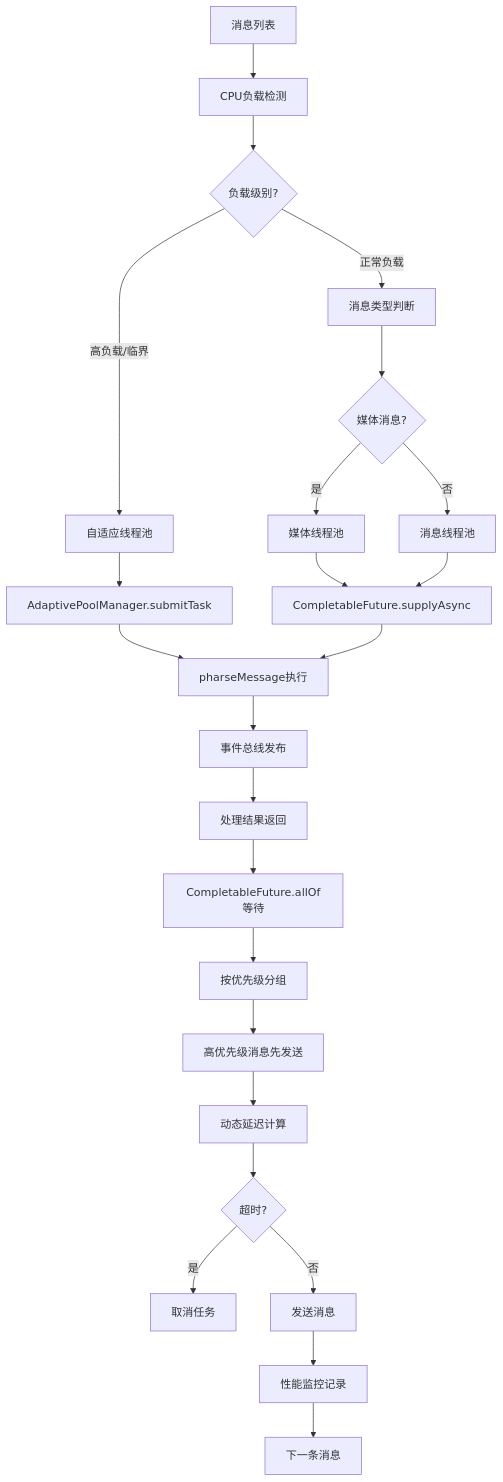
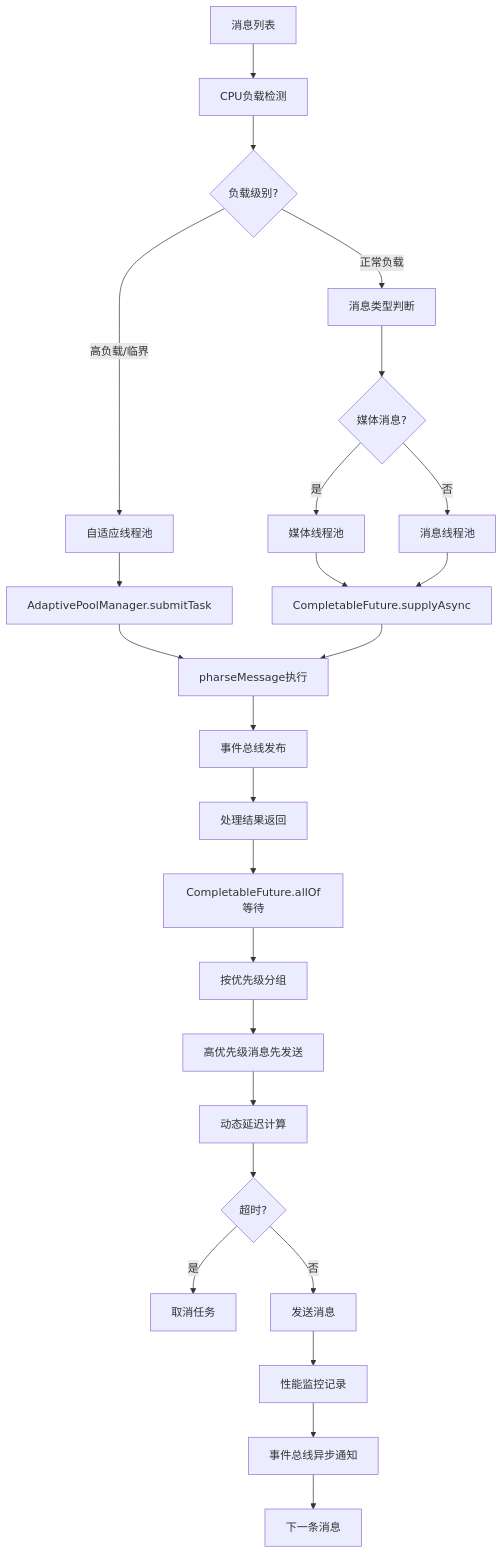
Before and after one commit to flover-luffy/newboy: diagram 11 of 21 in 口袋48消息详细处理流程图.md, drawn with Mermaid. The commit also changed other lines of this file and 43 other files, not shown here.

````diff
--- a/口袋48消息详细处理流程图.md
+++ b/口袋48消息详细处理流程图.md
@@ -240,29 +279,30 @@
 ```mermaid
 flowchart TD
     A[消息列表] --> B[CPU负载检测]
     B --> C{负载级别?}
     C -->|高负载/临界| D[自适应线程池]
     C -->|正常负载| E[消息类型判断]
     
     E --> F{媒体消息?}
     F -->|是| G[媒体线程池]
     F -->|否| H[消息线程池]
     
     D --> I[AdaptivePoolManager.submitTask]
     G --> J[CompletableFuture.supplyAsync]
     H --> J
     
     I --> K[pharseMessage执行]
     J --> K
     K --> L[事件总线发布]
     L --> M[处理结果返回]
     M --> N[CompletableFuture.allOf等待]
     N --> O[按优先级分组]
     O --> P[高优先级消息先发送]
     P --> Q[动态延迟计算]
     Q --> R{超时?}
     R -->|是| S[取消任务]
     R -->|否| T[发送消息]
     T --> U[性能监控记录]
-    U --> V[下一条消息]
+    U --> V[事件总线异步通知]
+    V --> W[下一条消息]
 ```
````
